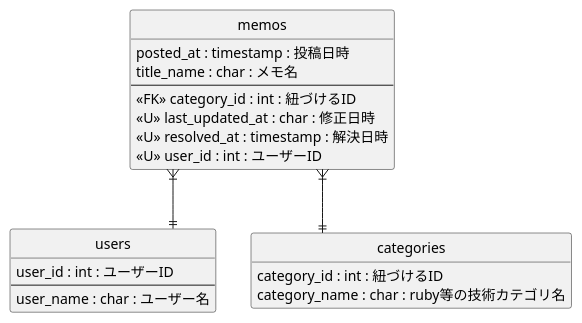
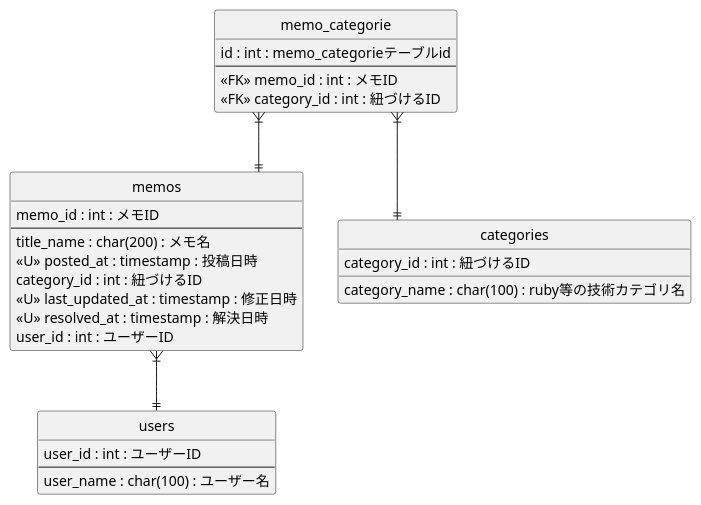
One commit to team1-apprentice-4th/DEV1 changed the diagram in backend/db/ER.pu. Above: the diagram before and after it, drawn with PlantUML. The commit also changed 1 other file, not shown here.

Commit message:
update ER

```diff
--- a/backend/db/ER.pu
+++ b/backend/db/ER.pu
@@ -9,29 +9,38 @@
 @startuml Tmatter
 hide circle
 hide empty members
 skinparam linetype ortho
 
 entity memos {
-    posted_at : timestamp : 投稿日時
-    title_name : char : メモ名
+    memo_id : int : メモID
     --
-    <<FK>> category_id : int : 紐づけるID
-    <<U>> last_updated_at : char : 修正日時
+    title_name : char(200) : メモ名
+    <<U>> posted_at : timestamp : 投稿日時
+    category_id : int : 紐づけるID
+    <<U>> last_updated_at : timestamp : 修正日時
     <<U>> resolved_at : timestamp : 解決日時
-    <<U>> user_id : int : ユーザーID
+    user_id : int : ユーザーID
 }
 
 entity users {
     user_id : int : ユーザーID
     --
-    user_name : char : ユーザー名
+    user_name : char(100) : ユーザー名
+}
+
+entity memo_categorie {
+    id : int : memo_categorieテーブルid
+    --
+    <<FK>> memo_id : int : メモID
+    <<FK>> category_id : int : 紐づけるID
 }
 
 entity categories {
     category_id : int : 紐づけるID
-    category_name : char : ruby等の技術カテゴリ名
+    category_name : char(100) : ruby等の技術カテゴリ名
 }
 
-memos }|--|| categories
+memo_categorie }|--|| memos
+memo_categorie }|--|| categories
 memos }|--|| users
 @endumls
```
